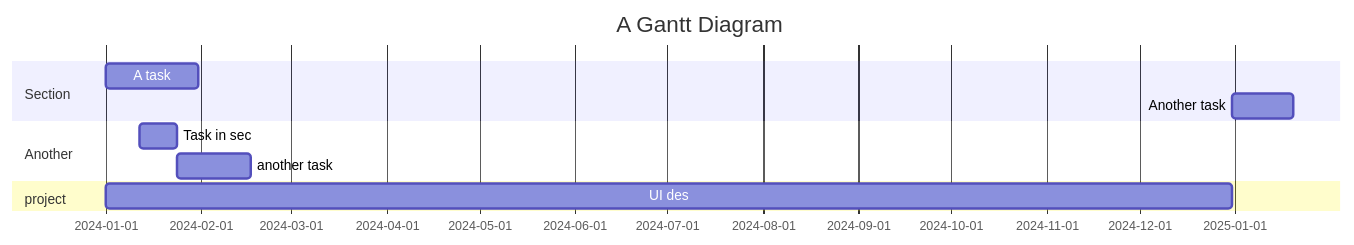
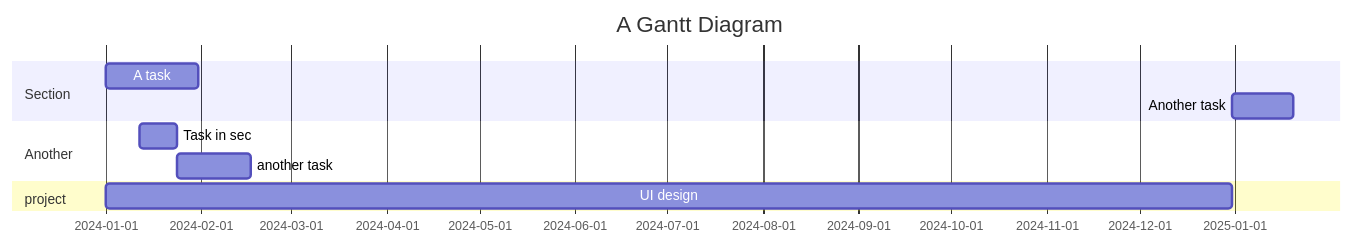
The diagram in all/Code Gantt Chart.md (z9wen/iodraw-files), drawn with Mermaid before and after one commit.

Commit message:
2024-03-29 10:57:58 update

````diff
--- a/all/Code Gantt Chart.md
+++ b/all/Code Gantt Chart.md
@@ -1,13 +1,13 @@
 ```mermaid
 gantt
     title A Gantt Diagram
     dateFormat  YYYY-MM-DD
     section Section
     A task           :a1, 2024-01-01, 30d
     Another task     :after a1  , 20d
     section Another
     Task in sec      :2024-01-12  , 12d
     another task      : 24d
     section project
-    UI des           :a1, 2024-01-01, 365d
+    UI design         :a1, 2024-01-01, 365d
 ```
````
